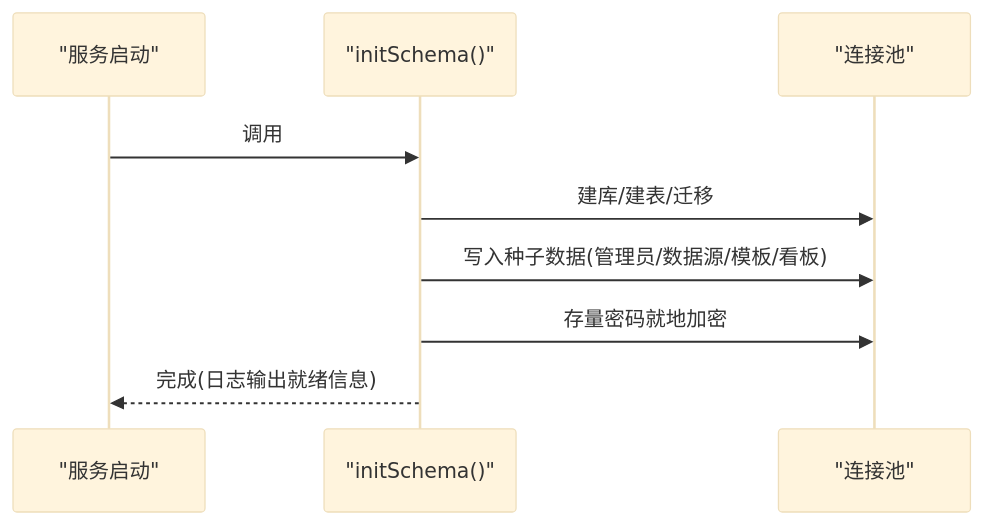
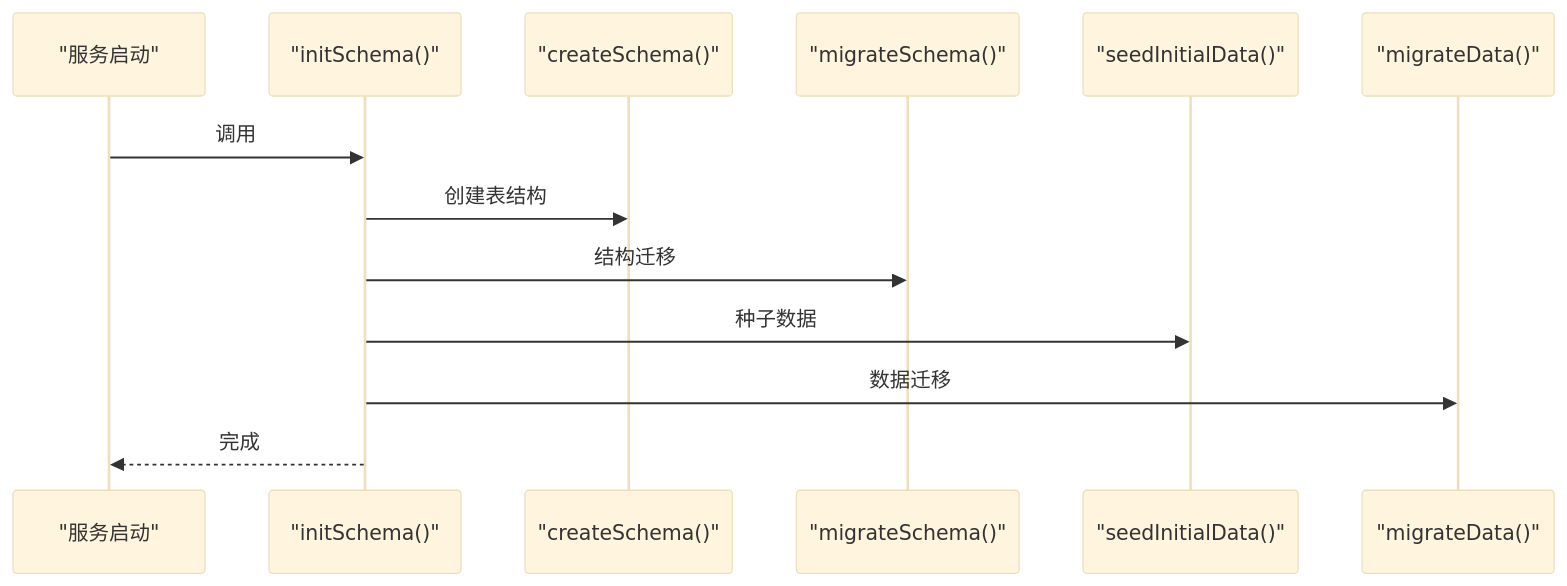
Before and after one commit to dgjin/smart-data-analytics: the fourth of 5 diagrams in .qoder/repowiki/zh/content/后端服务/数据访问层/数据库连接管理.md, drawn with Mermaid (base theme). The commit also changed other lines of this file and 146 other files, not shown here.

````diff
--- a/.qoder/repowiki/zh/content/后端服务/数据访问层/数据库连接管理.md
+++ b/.qoder/repowiki/zh/content/后端服务/数据访问层/数据库连接管理.md
@@ -132,11 +152,15 @@
 ```mermaid
 sequenceDiagram
 participant S as "服务启动"
 participant I as "initSchema()"
-participant P as "连接池"
+participant SC as "createSchema()"
+participant MS as "migrateSchema()"
+participant SD as "seedInitialData()"
+participant MD as "migrateData()"
 S->>I : 调用
-I->>P : 建库/建表/迁移
-I->>P : 写入种子数据(管理员/数据源/模板/看板)
-I->>P : 存量密码就地加密
-I-->>S : 完成(日志输出就绪信息)
+I->>SC : 创建表结构
+I->>MS : 结构迁移
+I->>SD : 种子数据
+I->>MD : 数据迁移
+I-->>S : 完成
 ```
````
